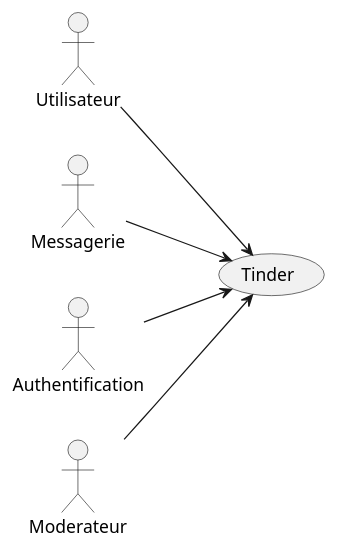
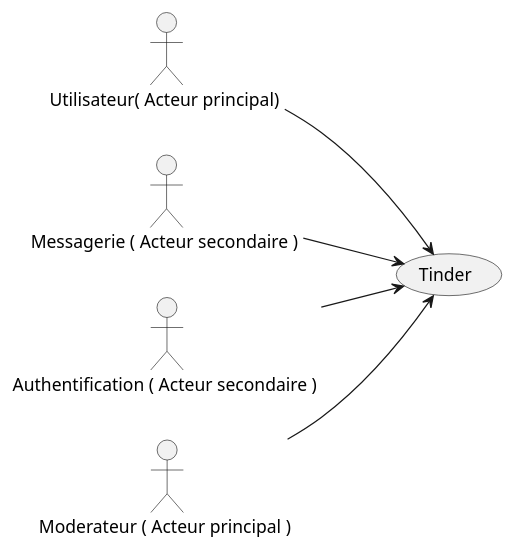
Before and after one commit to MinaroliCorentin/PSO: the diagram in src/Projet_Tinder_Cas_Statique.puml, drawn with PlantUML.

Commit message:
Ajout des mentions Acteur principal et secondaire

```diff
--- a/src/Projet_Tinder_Cas_Statique.puml
+++ b/src/Projet_Tinder_Cas_Statique.puml
@@ -1,13 +1,13 @@
 @startuml
 left to right direction
-"Utilisateur" as User
-"Messagerie" as Messaging
-"Authentification" as Auth
-"Moderateur" as Moderator
+"Utilisateur( Acteur principal) " as User
+"Messagerie ( Acteur secondaire ) " as Messaging
+"Authentification ( Acteur secondaire ) " as Auth
+"Moderateur ( Acteur principal ) " as Moderator
 "Tinder" as (AppliDeRencontire)
 
 User --> (AppliDeRencontire)
 Messaging --> (AppliDeRencontire)
 Auth --> (AppliDeRencontire)
 Moderator --> (AppliDeRencontire)
 @enduml
```
